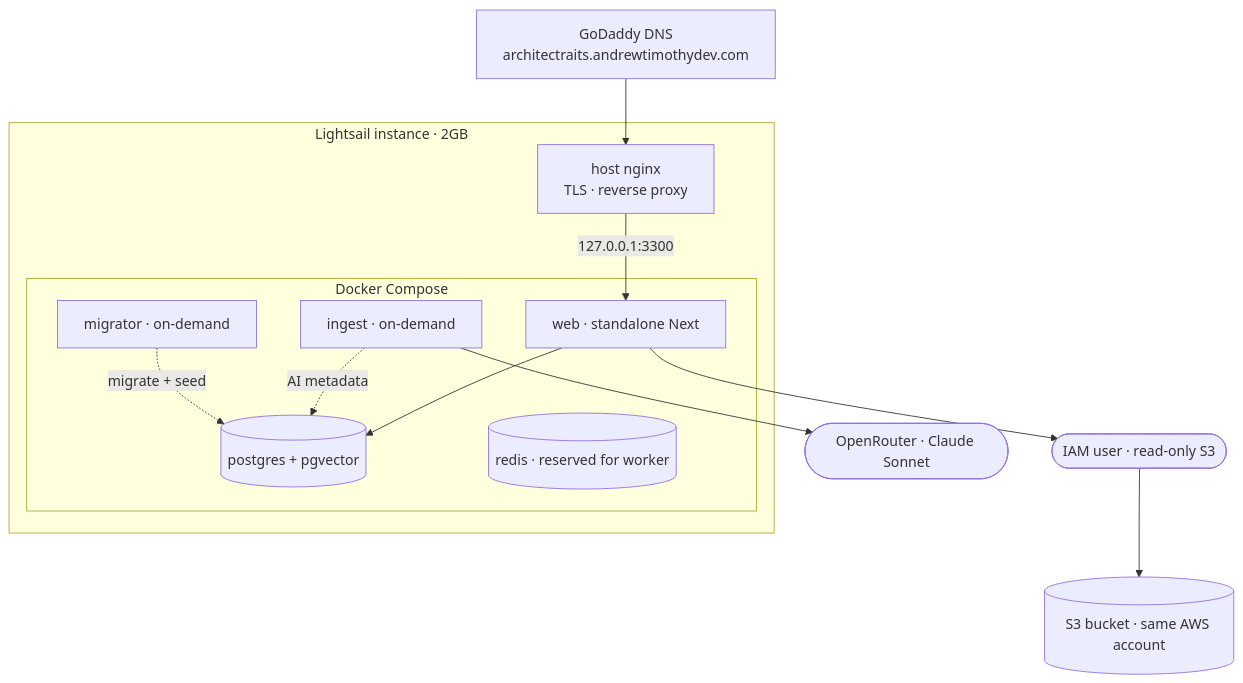
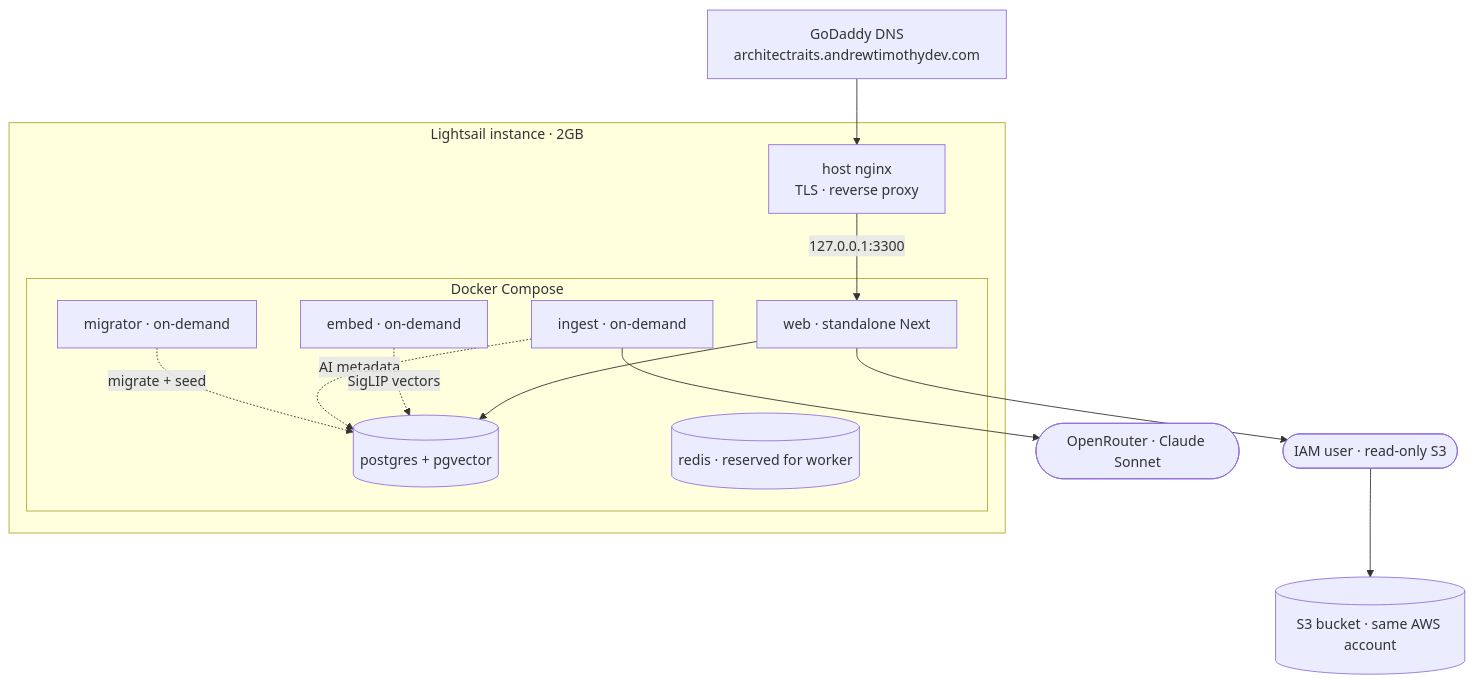
One commit to Dragon-Of-Dojima/architectrAIts changed the fourth of 4 diagrams in README.md. Above: the diagram before and after it, drawn with Mermaid. The commit also changed other lines of this file and 3 other files, not shown here.

````diff
--- a/README.md
+++ b/README.md
@@ -77,21 +98,22 @@
 ```mermaid
 flowchart TB
     DNS[GoDaddy DNS<br/>architectraits.andrewtimothydev.com] --> NGINX
 
     subgraph LS[Lightsail instance · 2GB]
         NGINX[host nginx<br/>TLS · reverse proxy]
         subgraph DC[Docker Compose]
             Web[web · standalone Next]
             PG[(postgres + pgvector)]
             R[(redis · reserved for worker)]
             Mig[migrator · on-demand]-. migrate + seed .-> PG
             Ing[ingest · on-demand]-. AI metadata .-> PG
+            Emb[embed · on-demand]-. SigLIP vectors .-> PG
         end
         NGINX -->|127.0.0.1:3300| Web
         Web --> PG
     end
 
     Ing --> ORouter([OpenRouter · Claude Sonnet])
     Web --> IAM([IAM user · read-only S3])
     IAM --> S3[(S3 bucket · same AWS account)]
 ```
````
